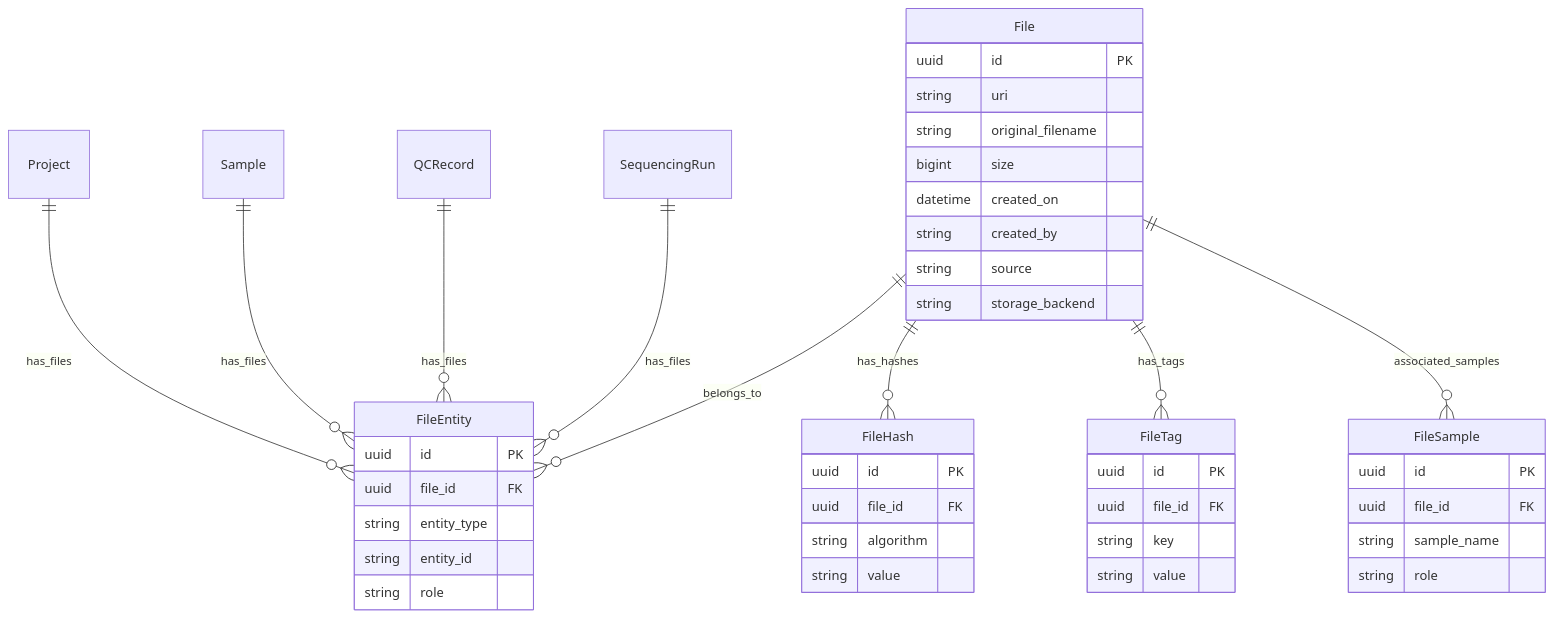
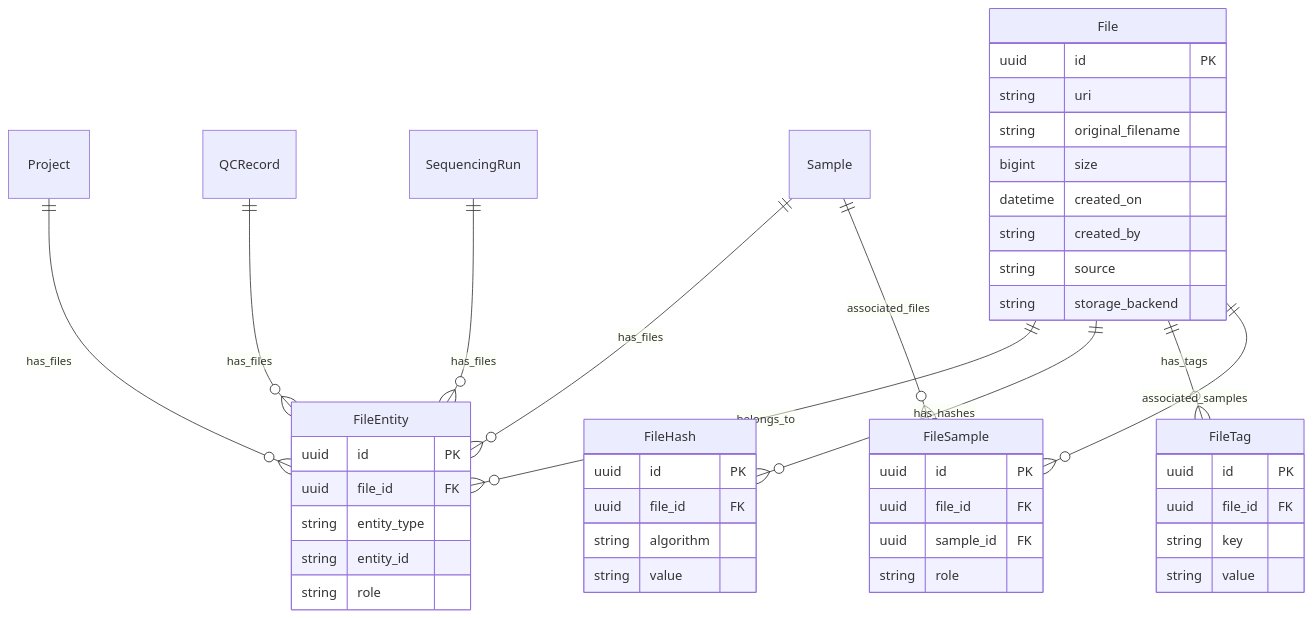
One commit to NGS360/APIServer changed the diagram in docs/FILE_MODEL.md. Above: the diagram before and after it, drawn with Mermaid. The commit also changed other lines of this file, not shown here.

Commit message:
update file documentation with foreign key and sample-> file relationship

````diff
--- a/docs/FILE_MODEL.md
+++ b/docs/FILE_MODEL.md
@@ -20,52 +20,53 @@
 ```mermaid
 erDiagram
     Project ||--o{ FileEntity : has_files
     Sample ||--o{ FileEntity : has_files
     QCRecord ||--o{ FileEntity : has_files
     SequencingRun ||--o{ FileEntity : has_files
     
     File ||--o{ FileEntity : belongs_to
     File ||--o{ FileHash : has_hashes
     File ||--o{ FileTag : has_tags
     File ||--o{ FileSample : associated_samples
+    Sample ||--o{ FileSample : associated_files
     
     File {
         uuid id PK
         string uri
         string original_filename
         bigint size
         datetime created_on
         string created_by
         string source
         string storage_backend
     }
     
     FileEntity {
         uuid id PK
         uuid file_id FK
         string entity_type
         string entity_id
         string role
     }
     
     FileHash {
         uuid id PK
         uuid file_id FK
         string algorithm
         string value
     }
     
     FileTag {
         uuid id PK
         uuid file_id FK
         string key
         string value
     }
     
     FileSample {
         uuid id PK
         uuid file_id FK
-        string sample_name
+        uuid sample_id FK
         string role
     }
 ```
````
